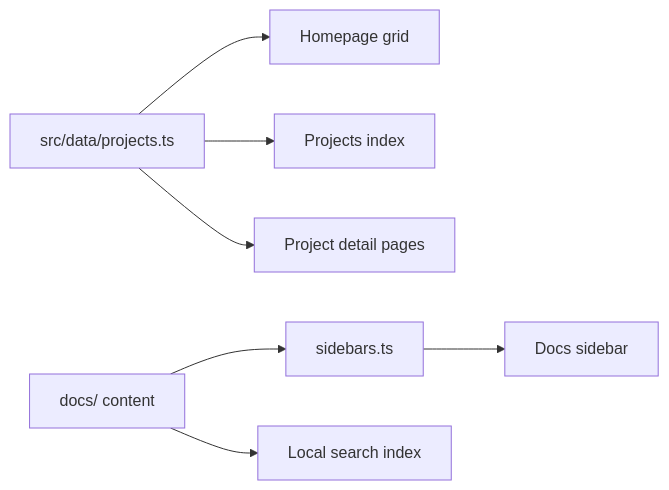
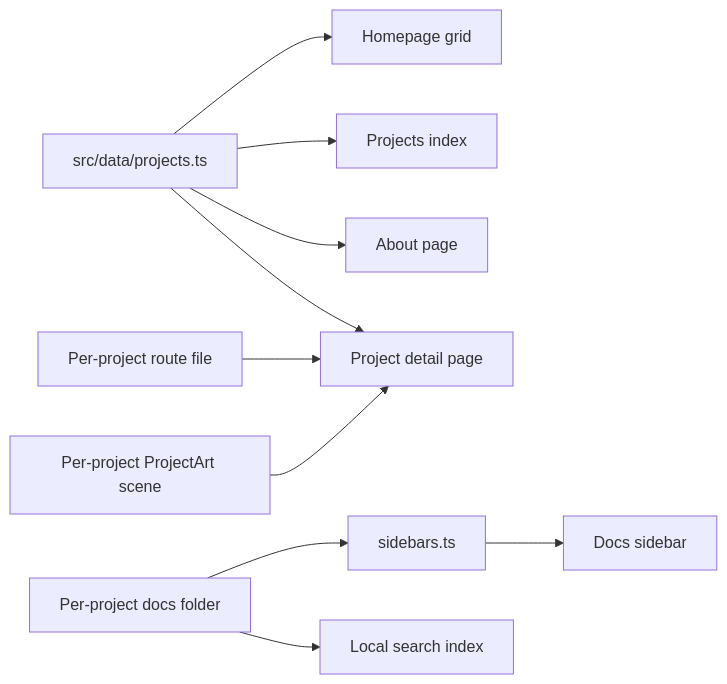
The diagram in docs/guides/developer-guide.md (kurtkluth/kurtkluth.dev), drawn with Mermaid before and after one commit. The commit also changed other lines of this file and 15 other files, not shown here.

````diff
--- a/docs/guides/developer-guide.md
+++ b/docs/guides/developer-guide.md
@@ -43,9 +62,12 @@
 ```mermaid
 flowchart LR
   P["src/data/projects.ts"] --> HG["Homepage grid"]
   P --> PI["Projects index"]
-  P --> PD["Project detail pages"]
-  D["docs/ content"] --> SB["sidebars.ts"]
+  P --> AB["About page"]
+  P --> PD["Project detail page"]
+  RT["Per-project route file"] --> PD
+  ART["Per-project ProjectArt scene"] --> PD
+  D["Per-project docs folder"] --> SB["sidebars.ts"]
   SB --> NAV["Docs sidebar"]
   D --> SRCH["Local search index"]
 ```
````
